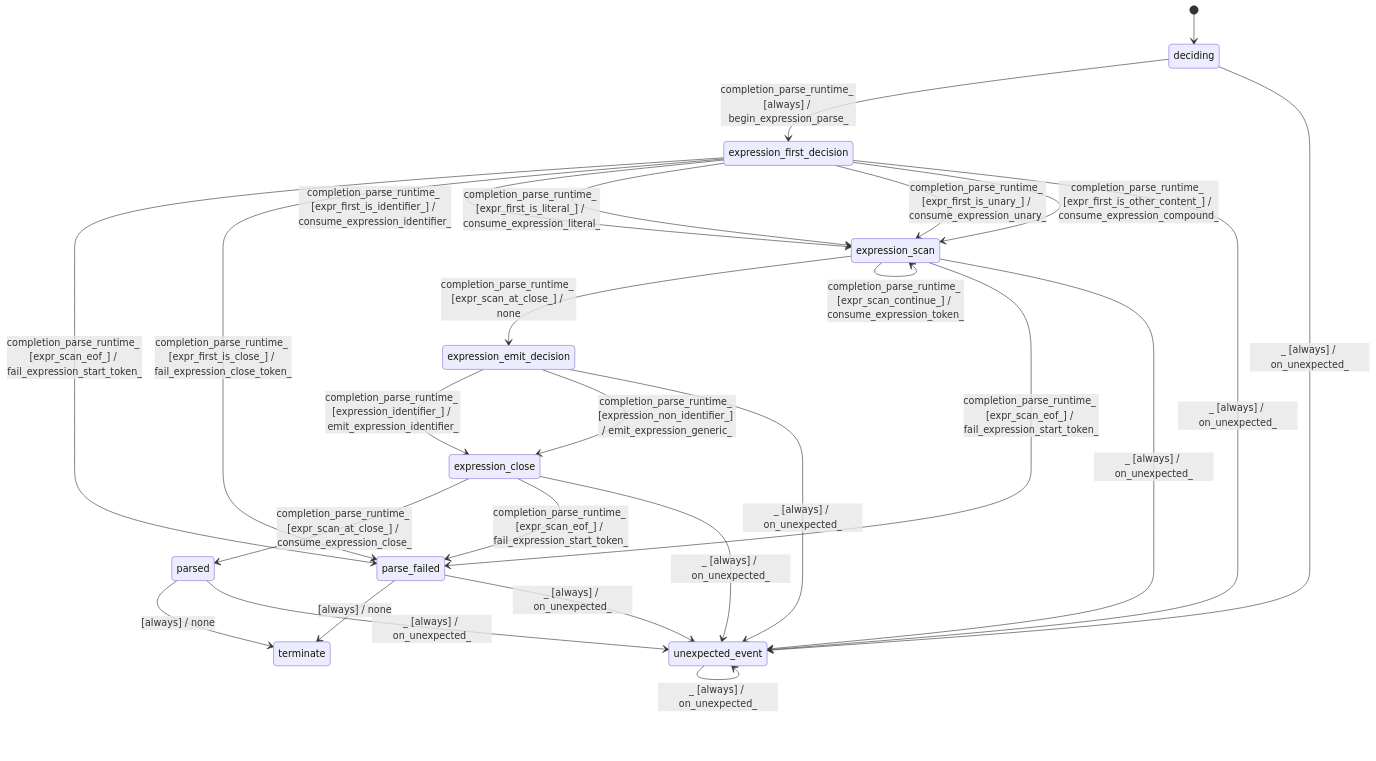
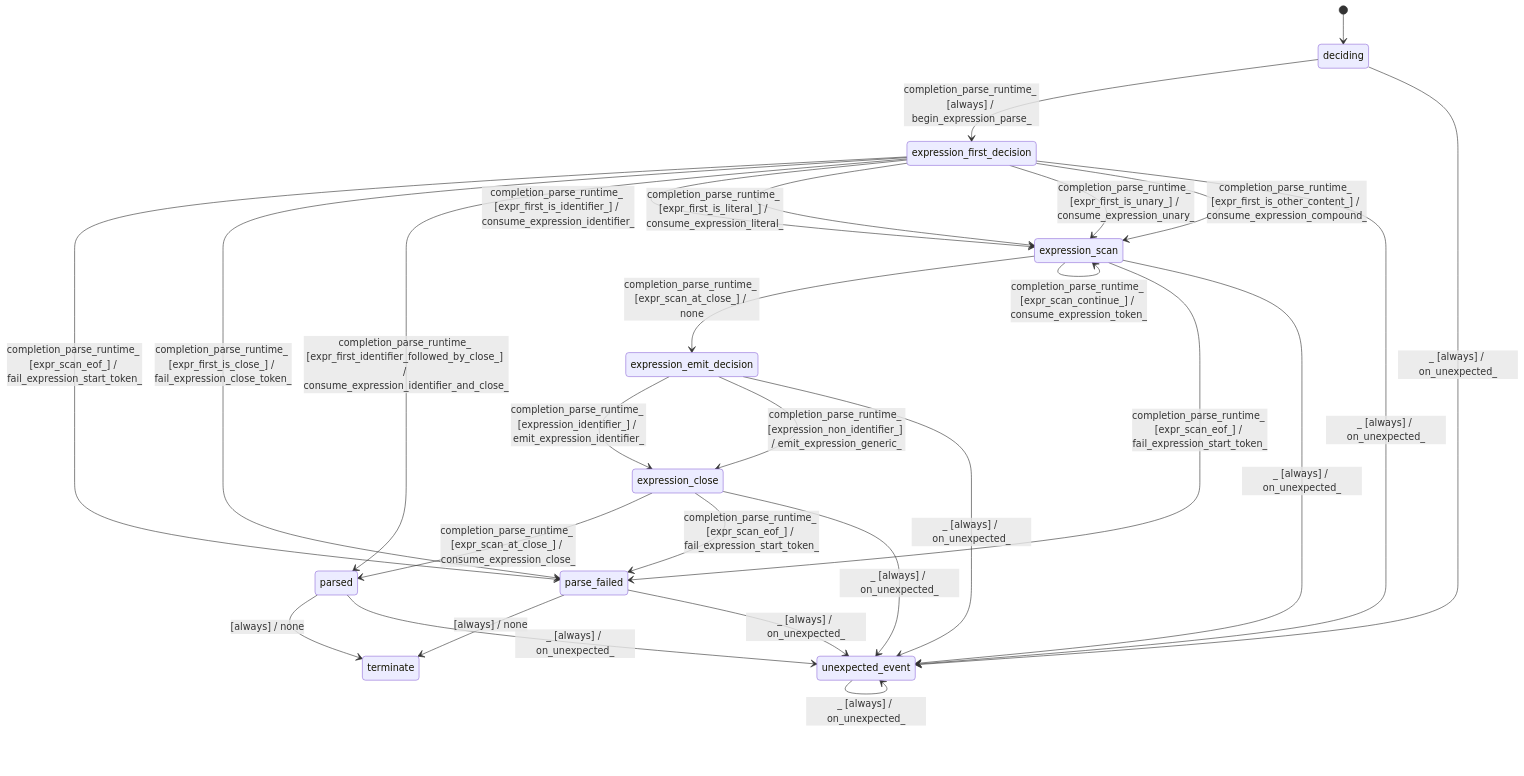
One commit to stateforward/emel.cpp changed the diagram in docs/architecture/text_jinja_parser_program_parser_expression_parser.md. Above: the diagram before and after it, drawn with Mermaid. The commit also changed other lines of this file and 4 other files, not shown here.

````diff
--- a/docs/architecture/text_jinja_parser_program_parser_expression_parser.md
+++ b/docs/architecture/text_jinja_parser_program_parser_expression_parser.md
@@ -7,29 +7,30 @@
 ```mermaid
 stateDiagram-v2
   direction TB
   [*] --> deciding
   deciding --> expression_first_decision : completion_parse_runtime_ [always] / begin_expression_parse_
   expression_first_decision --> parse_failed : completion_parse_runtime_ [expr_scan_eof_] / fail_expression_start_token_
   expression_first_decision --> parse_failed : completion_parse_runtime_ [expr_first_is_close_] / fail_expression_close_token_
+  expression_first_decision --> parsed : completion_parse_runtime_ [expr_first_identifier_followed_by_close_] / consume_expression_identifier_and_close_
   expression_first_decision --> expression_scan : completion_parse_runtime_ [expr_first_is_identifier_] / consume_expression_identifier_
   expression_first_decision --> expression_scan : completion_parse_runtime_ [expr_first_is_literal_] / consume_expression_literal_
   expression_first_decision --> expression_scan : completion_parse_runtime_ [expr_first_is_unary_] / consume_expression_unary_
   expression_first_decision --> expression_scan : completion_parse_runtime_ [expr_first_is_other_content_] / consume_expression_compound_
   expression_scan --> expression_emit_decision : completion_parse_runtime_ [expr_scan_at_close_] / none
   expression_scan --> expression_scan : completion_parse_runtime_ [expr_scan_continue_] / consume_expression_token_
   expression_scan --> parse_failed : completion_parse_runtime_ [expr_scan_eof_] / fail_expression_start_token_
   expression_emit_decision --> expression_close : completion_parse_runtime_ [expression_identifier_] / emit_expression_identifier_
   expression_emit_decision --> expression_close : completion_parse_runtime_ [expression_non_identifier_] / emit_expression_generic_
   expression_close --> parsed : completion_parse_runtime_ [expr_scan_at_close_] / consume_expression_close_
   expression_close --> parse_failed : completion_parse_runtime_ [expr_scan_eof_] / fail_expression_start_token_
   parsed --> terminate : [always] / none
   parse_failed --> terminate : [always] / none
   deciding --> unexpected_event : _ [always] / on_unexpected_
   expression_first_decision --> unexpected_event : _ [always] / on_unexpected_
   expression_scan --> unexpected_event : _ [always] / on_unexpected_
   expression_emit_decision --> unexpected_event : _ [always] / on_unexpected_
   expression_close --> unexpected_event : _ [always] / on_unexpected_
   parsed --> unexpected_event : _ [always] / on_unexpected_
   parse_failed --> unexpected_event : _ [always] / on_unexpected_
   unexpected_event --> unexpected_event : _ [always] / on_unexpected_
 ```
````
